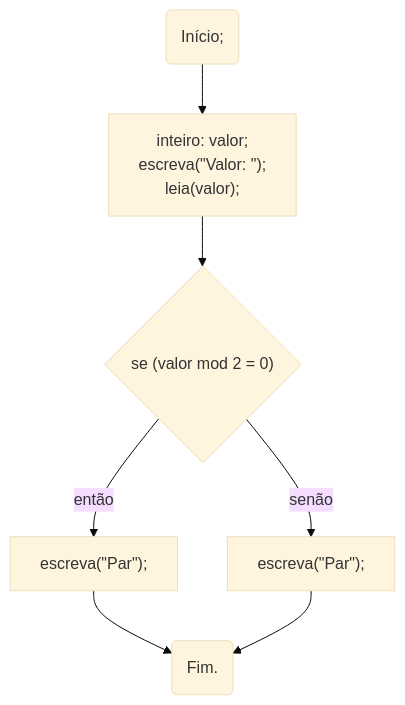
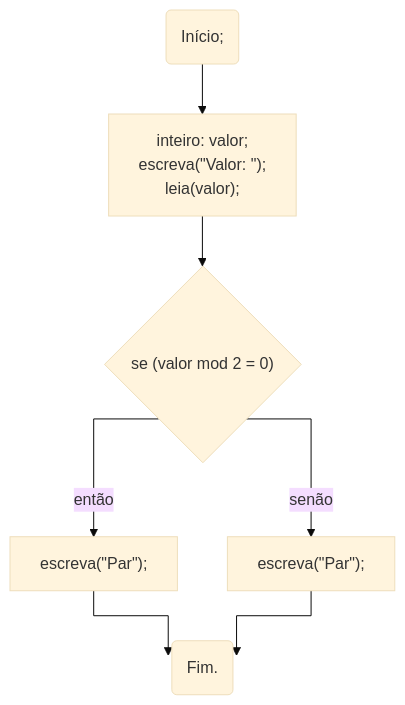
The diagram in docs/03-Controle/02-Selecao.md (darlonv/algoritmos), drawn with Mermaid (base theme) before and after one commit. The commit also changed 2 other files, not shown here.

Commit message:
content added

````diff
--- a/docs/03-Controle/02-Selecao.md
+++ b/docs/03-Controle/02-Selecao.md
@@ -479,27 +479,28 @@
 ```mermaid
+%%{ init: { 'flowchart': { 'curve': 'stepAfter' } } }%%
 flowchart TD
     inicio("
         Início;
         ")
     entrada["
         inteiro: valor;
         escreva(&quot;Valor: &quot;);
         leia(valor);
         "]
     se{"
         se (valor mod 2 = 0)
         "}
     entao["
         escreva(&quot;Par&quot;);
         "]
     senao["
         escreva(&quot;Par&quot;);
         "]
     fim(Fim.)
 
     inicio --> entrada --> se
     se -->|então| entao
     se -->|senão| senao
     entao --> fim
     senao --> fim
 ```
````
